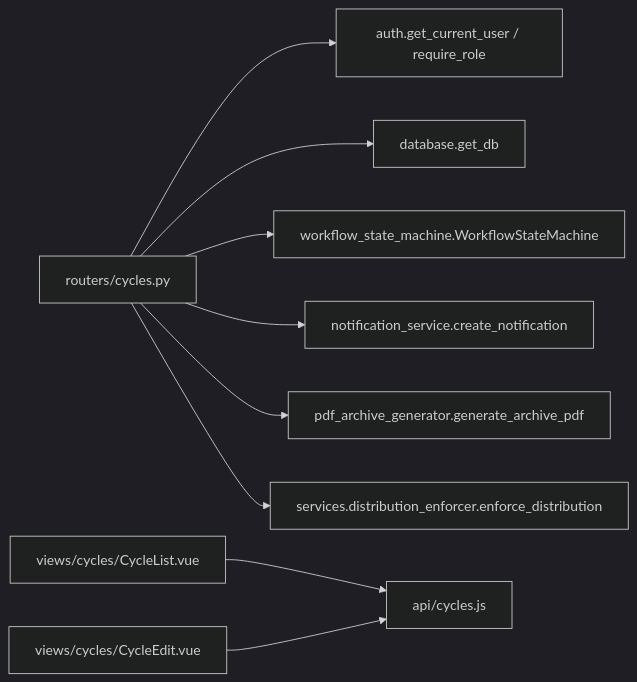
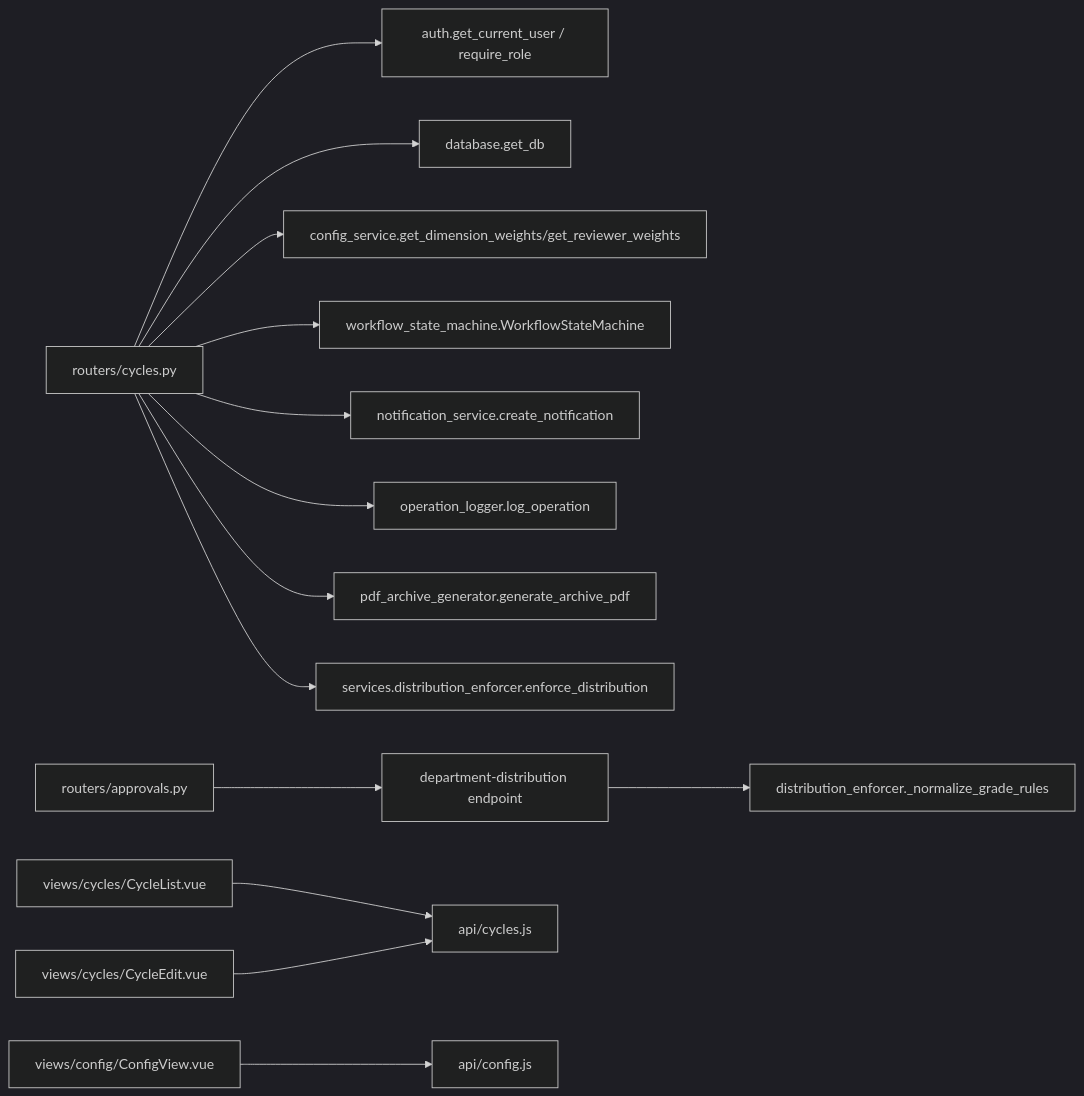
One commit to xgd561/performance_evaluation_system changed diagram 13 of 13 in .qoder/repowiki/zh/content/考核周期管理/考核周期管理.md. Above: the diagram before and after it, drawn with Mermaid (dark theme). The commit also changed other lines of this file and 136 other files, not shown here.

````diff
--- a/.qoder/repowiki/zh/content/考核周期管理/考核周期管理.md
+++ b/.qoder/repowiki/zh/content/考核周期管理/考核周期管理.md
@@ -323,11 +561,16 @@
 ```mermaid
 graph LR
 CyclesRouter["routers/cycles.py"] --> Auth["auth.get_current_user / require_role"]
 CyclesRouter --> DB["database.get_db"]
+CyclesRouter --> ConfigSvc["config_service.get_dimension_weights/get_reviewer_weights"]
 CyclesRouter --> SM["workflow_state_machine.WorkflowStateMachine"]
 CyclesRouter --> Notify["notification_service.create_notification"]
+CyclesRouter --> OpLog["operation_logger.log_operation"]
 CyclesRouter --> PDF["pdf_archive_generator.generate_archive_pdf"]
 CyclesRouter --> Distribution["services.distribution_enforcer.enforce_distribution"]
+ApprovalsRouter["routers/approvals.py"] --> DeptDist["department-distribution endpoint"]
+DeptDist --> DistEnforcer["distribution_enforcer._normalize_grade_rules"]
 FE_CycleList["views/cycles/CycleList.vue"] --> FE_Apis["api/cycles.js"]
 FE_CycleEdit["views/cycles/CycleEdit.vue"] --> FE_Apis
+FE_Config["views/config/ConfigView.vue"] --> FE_ConfigApis["api/config.js"]
 ```
````
